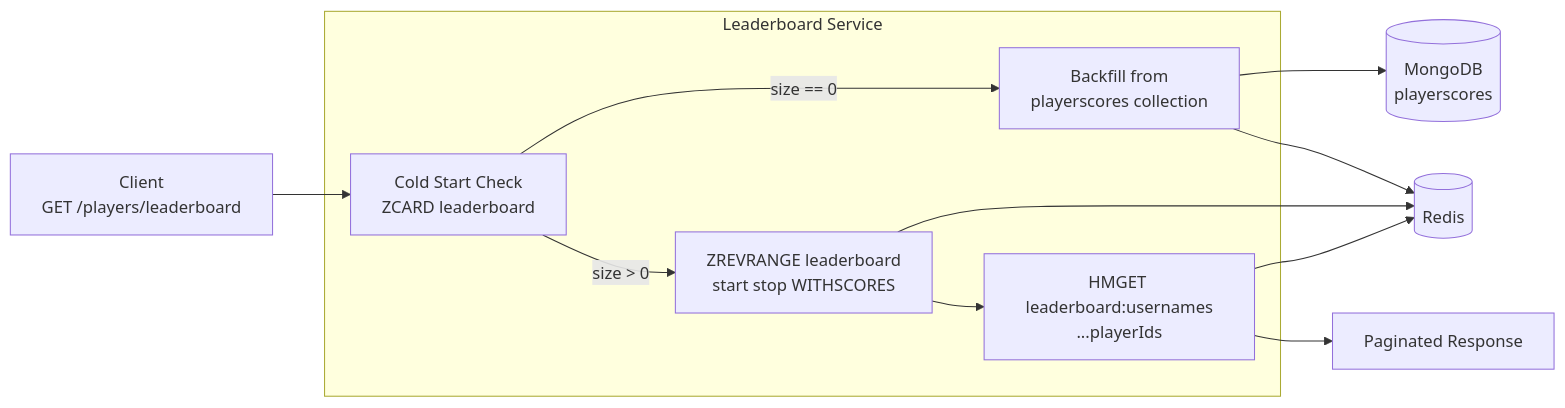
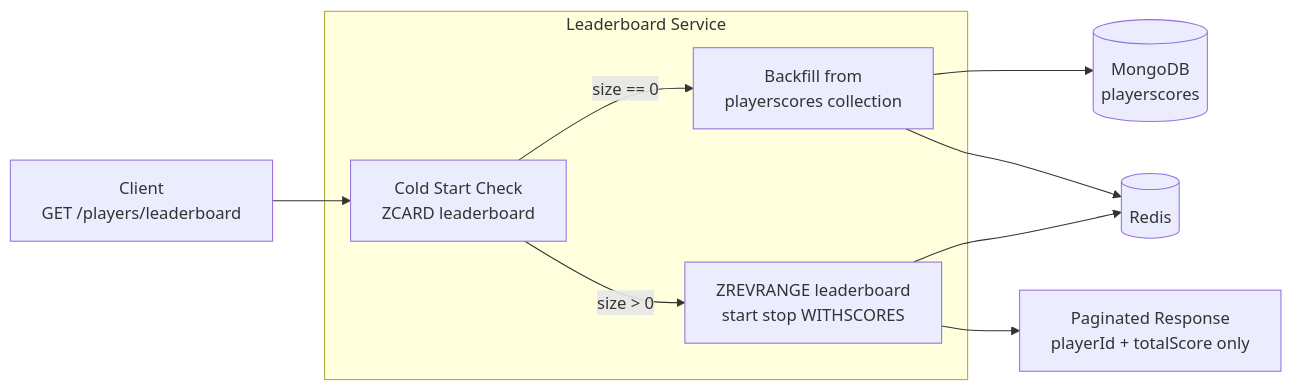
The eighth of 10 diagrams in docs/architecture.md (AmitOfir4/Whalo-Backend-Exam), drawn with Mermaid before and after one commit. The commit also changed other lines of this file and 18 other files, not shown here.

````diff
--- a/docs/architecture.md
+++ b/docs/architecture.md
@@ -280,23 +281,20 @@
 ```mermaid
 graph LR
     C[Client<br/>GET /players/leaderboard]
     subgraph LeaderboardService["Leaderboard Service"]
         CW[Cold Start Check<br/>ZCARD leaderboard]
         BF[Backfill from<br/>playerscores collection]
         ZR[ZREVRANGE leaderboard<br/>start stop WITHSCORES]
-        HM[HMGET leaderboard:usernames<br/>...playerIds]
     end
     Redis[(Redis)]
     DB[(MongoDB<br/>playerscores)]
-    RES[Paginated Response]
+    RES[Paginated Response<br/>playerId + totalScore only]
 
     C --> CW
     CW -->|size == 0| BF
     BF --> DB
     BF --> Redis
     CW -->|size > 0| ZR
     ZR --> Redis
-    ZR --> HM
-    HM --> Redis
-    HM --> RES
+    ZR --> RES
 ```
````
